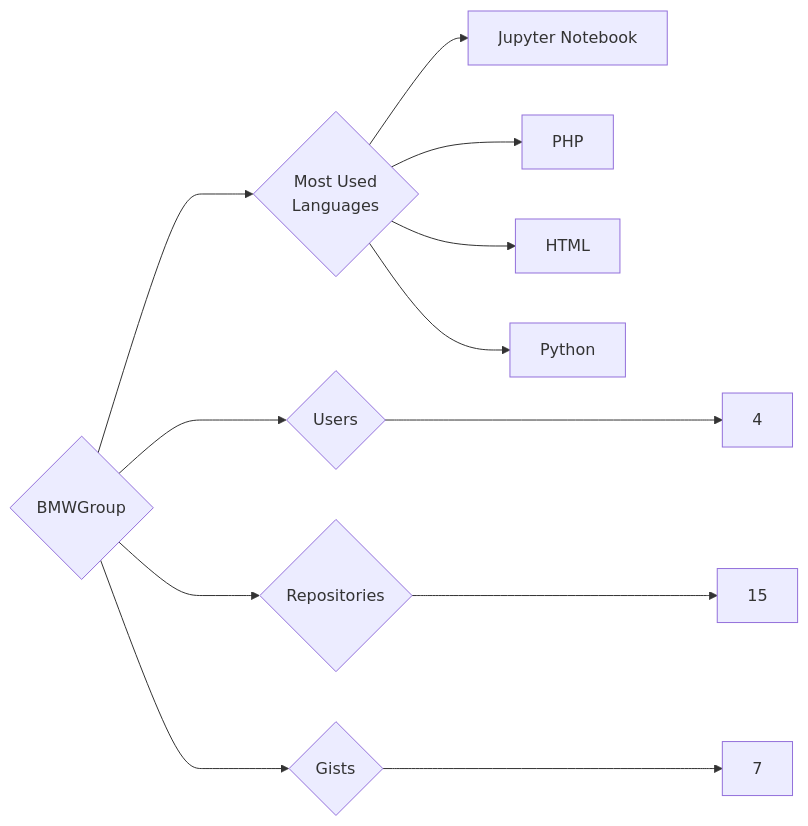
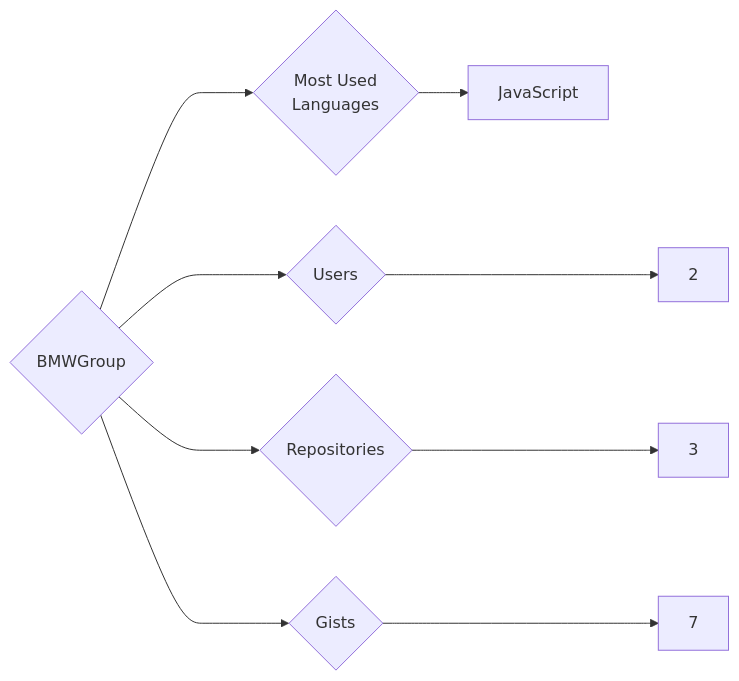
Before and after one commit to trickest/insiders: the diagram in targets/BMWGroup/README.md, drawn with Mermaid. The commit also changed 998 other files, not shown here.

````diff
--- a/targets/BMWGroup/README.md
+++ b/targets/BMWGroup/README.md
@@ -3,12 +3,9 @@
 ```mermaid
 graph LR
 COMPANY_NAME{BMWGroup}
-COMPANY_NAME ---> U{Users} ---> UN[4]
-COMPANY_NAME ---> R{Repositories} ---> RN[15]
+COMPANY_NAME ---> U{Users} ---> UN[2]
+COMPANY_NAME ---> R{Repositories} ---> RN[3]
 COMPANY_NAME ---> G{Gists} ---> GN[7]
 COMPANY_NAME ---> ML{Most Used<br>Languages}
-ML --> Jupyter_Notebook[Jupyter Notebook]
-ML --> PHP[PHP]
-ML --> HTML[HTML]
-ML --> Python[Python]
+ML --> JavaScript[JavaScript]
 ```
````
